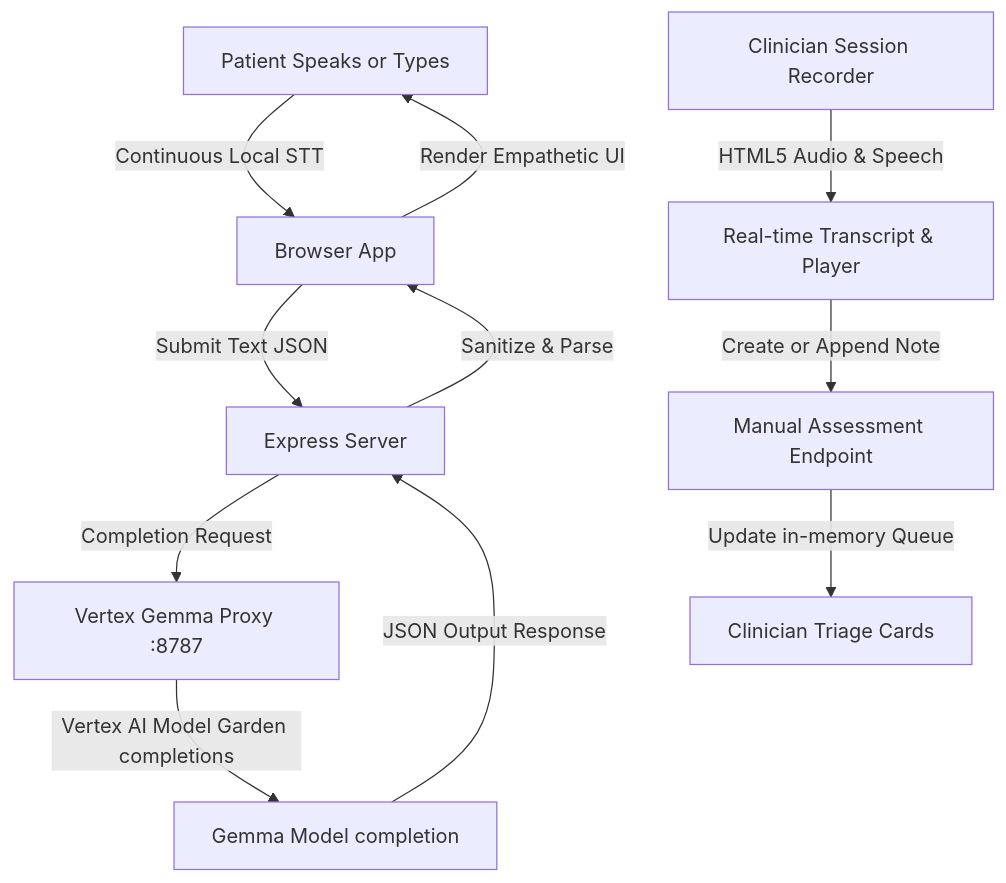
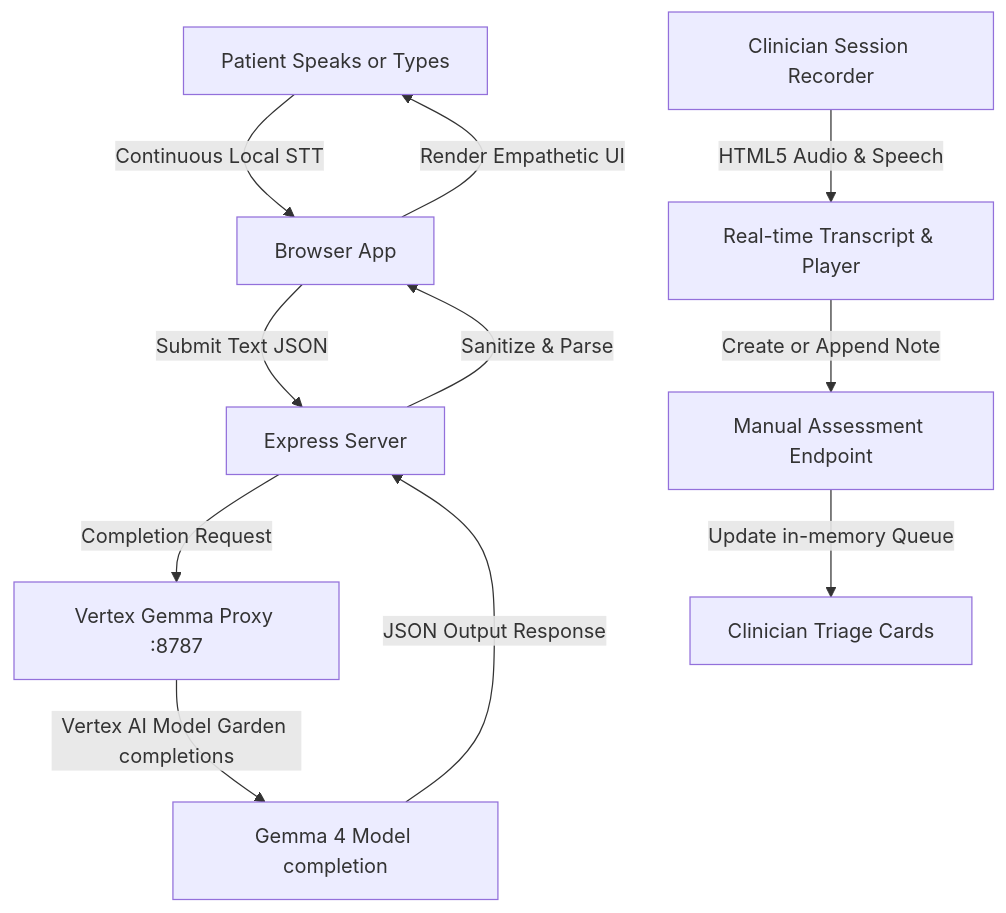
The diagram in README.md (sujitkumarkar14/SwaraSaathi), drawn with Mermaid before and after one commit. The commit also changed other lines of this file, not shown here.

Commit message:
Update README.md with dedicated Google Gemma 4 section explaining multilingual translation and clinical reasoning

````diff
--- a/README.md
+++ b/README.md
@@ -39,14 +48,14 @@
 ```mermaid
 graph TD
     A[Patient Speaks or Types] -->|Continuous Local STT| B[Browser App]
     B -->|Submit Text JSON| C[Express Server]
     C -->|Completion Request| D[Vertex Gemma Proxy :8787]
-    D -->|Vertex AI Model Garden completions| E[Gemma Model completion]
+    D -->|Vertex AI Model Garden completions| E[Gemma 4 Model completion]
     E -->|JSON Output Response| C
     C -->|Sanitize & Parse| B
     B -->|Render Empathetic UI| A
     
     F[Clinician Session Recorder] -->|HTML5 Audio & Speech| G[Real-time Transcript & Player]
     G -->|Create or Append Note| H[Manual Assessment Endpoint]
     H -->|Update in-memory Queue| I[Clinician Triage Cards]
 ```
````
